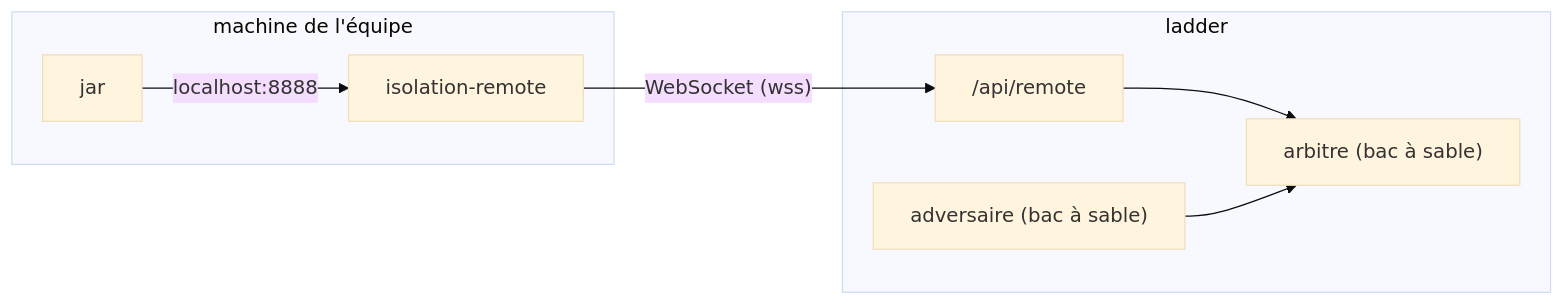
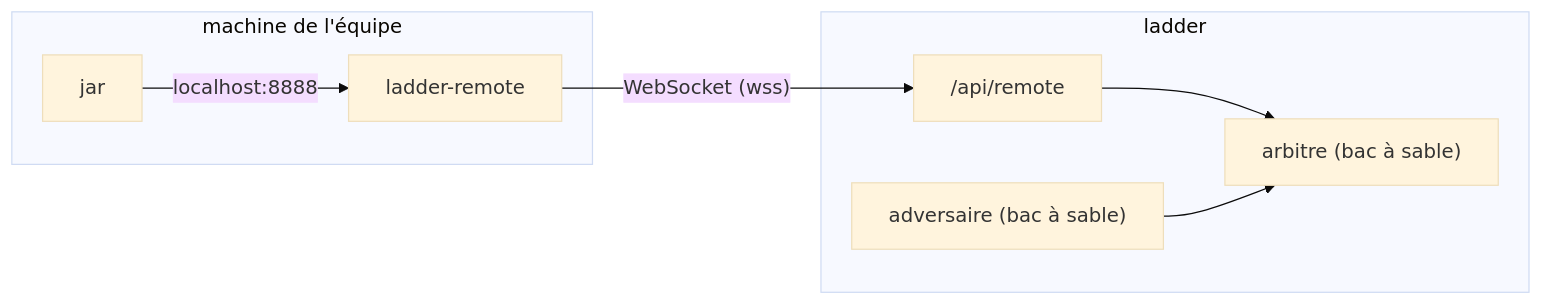
One commit to VianAtETS/LOG200-Scoreboard changed the fourth of 4 diagrams in docs/formats.md. Above: the diagram before and after it, drawn with Mermaid (base theme). The commit also changed other lines of this file and 161 other files, not shown here.

````diff
--- a/docs/formats.md
+++ b/docs/formats.md
@@ -379,11 +379,11 @@
 ```mermaid
 flowchart LR
     subgraph eleve["machine de l'équipe"]
-        jar["jar"] -- "localhost:8888" --> relais["isolation-remote"]
+        jar["jar"] -- "localhost:8888" --> relais["ladder-remote"]
     end
     subgraph serveur["ladder"]
         api["/api/remote"] --> arbitre["arbitre (bac à sable)"]
         adv["adversaire (bac à sable)"] --> arbitre
     end
     relais -- "WebSocket (wss)" --> api
 ```
````
